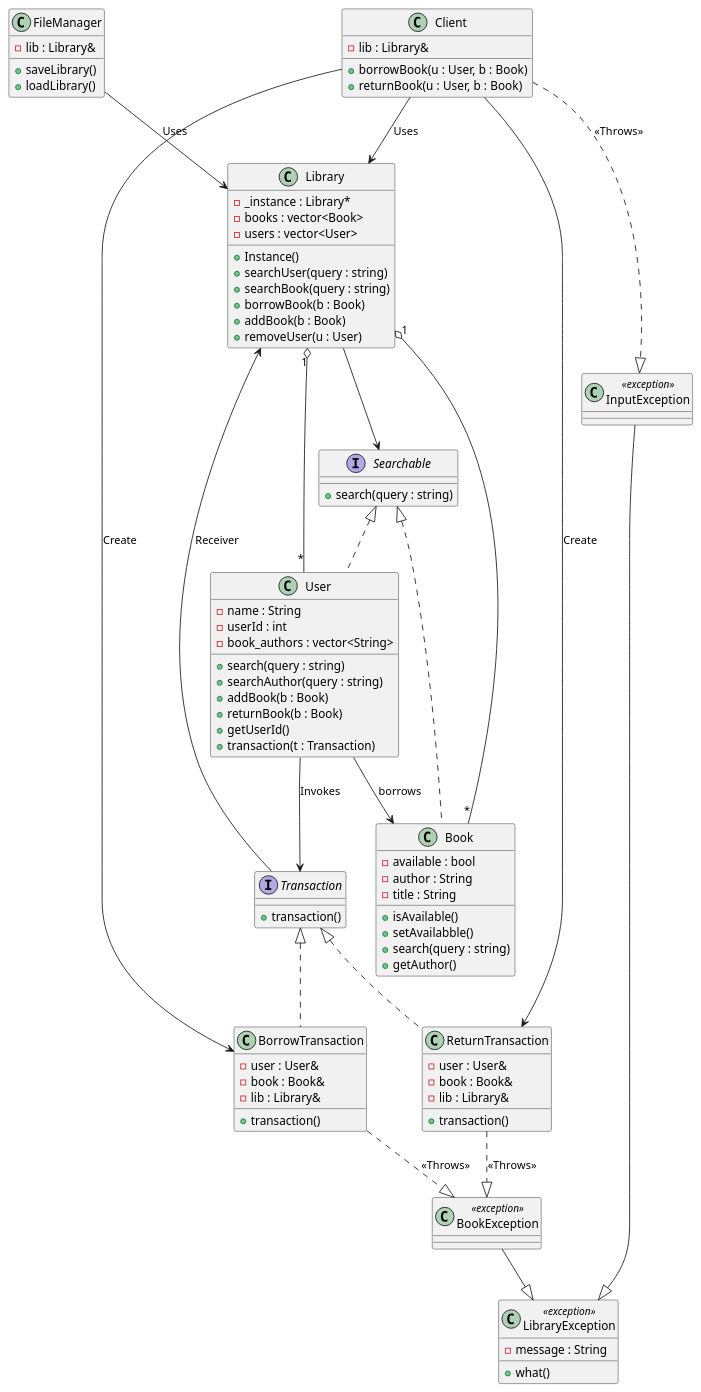
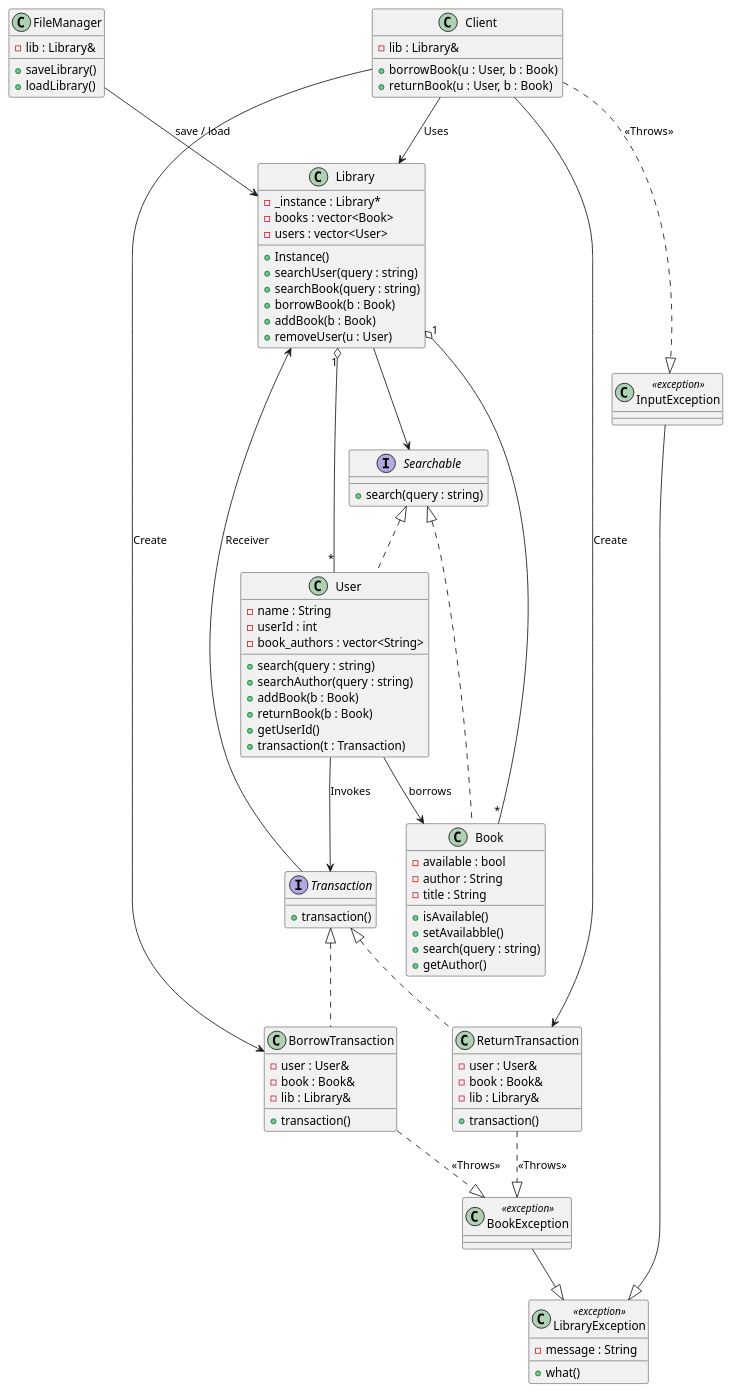
The diagram in library.puml (Vincent-Pierce/Adaptive-Library-Management-System), drawn with PlantUML before and after one commit. The commit also changed 7 other files, not shown here.

```diff
--- a/library.puml
+++ b/library.puml
@@ -1,128 +1,128 @@
 @startuml
 
 class Library {
     - _instance : Library*
     - books : vector<Book>
     - users : vector<User>
 
     + Instance()
     + searchUser(query : string)
     + searchBook(query : string)
     + borrowBook(b : Book)
     + addBook(b : Book)
     + removeUser(u : User)
 }
 
 interface Searchable {
 
     +search(query : string)
 }
 
 class Book {
     - available : bool 
     - author : String
     - title : String
 
     + isAvailable()
     + setAvailabble()
     + search(query : string)
     + getAuthor()
 }
 
 class User {
     - name : String
     - userId : int
     - book_authors : vector<String>
 
     + search(query : string)
     + searchAuthor(query : string)
     + addBook(b : Book)
     + returnBook(b : Book)
     + getUserId()
     + transaction(t : Transaction)
 }
 
 /'
 The command design pattern is implemented for the Transaction interface
 User invokes Transactions and Library received the command .
 '/
 
 class Client {
     - lib : Library&
     + borrowBook(u : User, b : Book)
     + returnBook(u : User, b : Book)
 }
 
 interface Transaction {
 
     +transaction()
 }
 
 /' 
 Add the book to the list of books contained by user. Also move book from available list to borrowed list in library 
 '/
 class BorrowTransaction {
     - user : User&
     - book : Book&
     - lib : Library&
     
     +transaction()
 }
 
 /'
 Remove the book from list of books contained by user. Also move book from borrowed list in library to available list in library
 '/
 class ReturnTransaction {
     - user : User&
     - book : Book&
     - lib : Library&
 
     +transaction()
 }
 
 class LibraryException {
     - message : String
 
     + what()
 }
 
 class BookException {
 
 }
 
 class InputException {
 
 }
 
 class FileManager {
     - lib : Library&
 
     + saveLibrary()
     + loadLibrary()
 }
 
 class LibraryException <<exception>>
 class InputException <<exception>>
 class BookException <<exception>>
 
 Searchable <|.. Book
 Searchable <|.. User
 Transaction <|.. BorrowTransaction
 Transaction <|.. ReturnTransaction
 Transaction --> Library : Receiver
 Client --> BorrowTransaction : Create
 Client --> ReturnTransaction : Create
 Client --> Library : Uses
 Library "1" o-- "*" Book
 Library "1" o-- "*" User
 Library --> Searchable
 User --> Book : borrows
 User --> Transaction : Invokes
-FileManager --> Library : Uses
+FileManager --> Library : save / load 
 BookException --|> LibraryException
 InputException --|> LibraryException
 Client ..|> InputException : <<Throws>>
 ReturnTransaction ..|> BookException : <<Throws>>
 BorrowTransaction ..|> BookException : <<Throws>>
 
 @enduml
```
